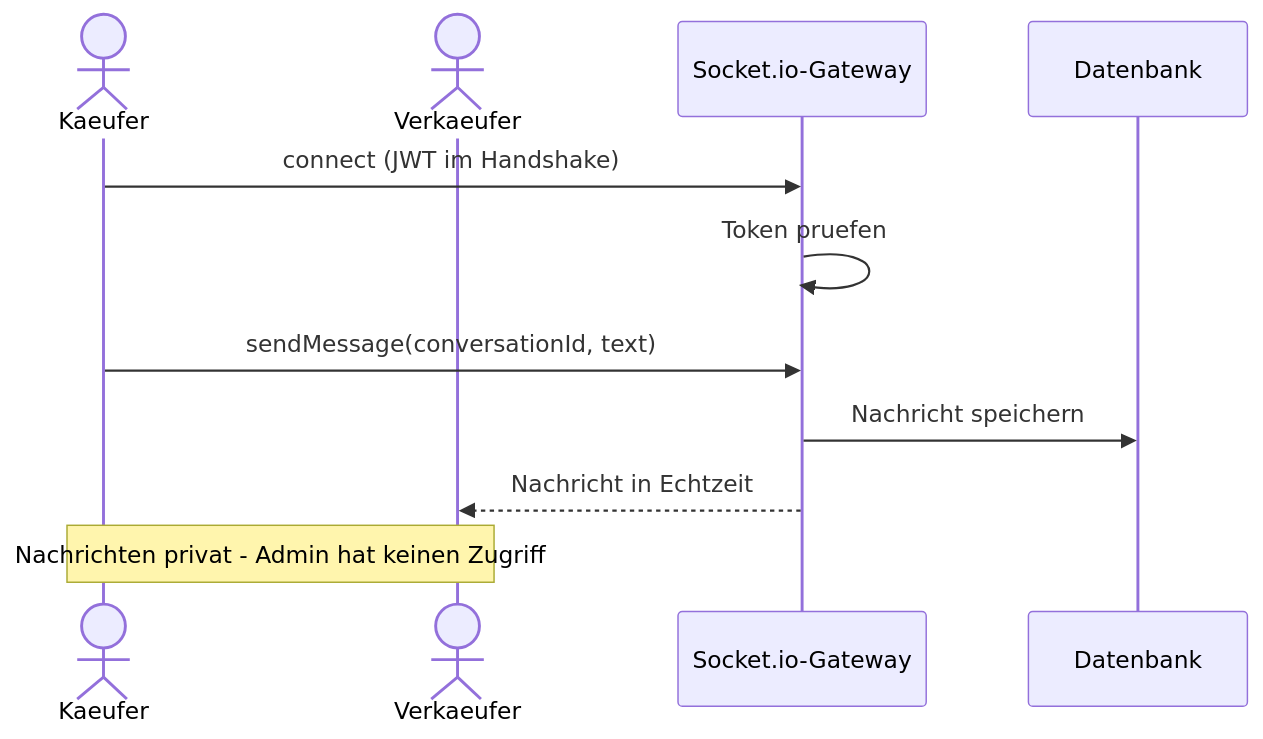
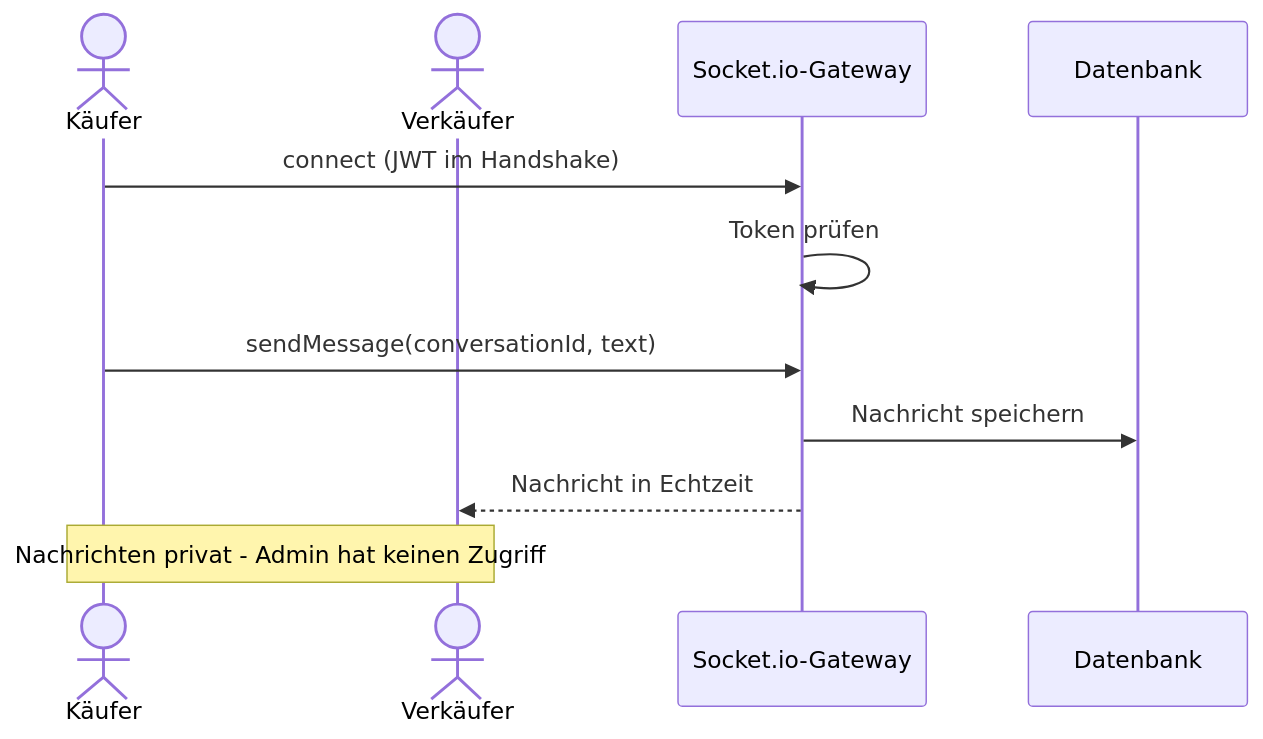
The diagram in docs/arch/diagrams-code/a06-laufzeitdiagramm_echtzeit_chat.mmd (PatilYash0110/THMarket), drawn with Mermaid before and after one commit.

Commit message:
docs: code Anpassung von a06-laufzeitdiagramm_echtzeit_chat.mmd

```diff
--- a/docs/arch/diagrams-code/a06-laufzeitdiagramm_echtzeit_chat.mmd
+++ b/docs/arch/diagrams-code/a06-laufzeitdiagramm_echtzeit_chat.mmd
@@ -1,12 +1,12 @@
 %% Abbildung 14: Laufzeitsicht - Echtzeit-Chat
 sequenceDiagram
-    actor A as Kaeufer
-    actor B as Verkaeufer
+    actor A as Käufer
+    actor B as Verkäufer
     participant WS as Socket.io-Gateway
     participant DB as Datenbank
     A->>WS: connect (JWT im Handshake)
-    WS->>WS: Token pruefen
+    WS->>WS: Token prüfen
     A->>WS: sendMessage(conversationId, text)
     WS->>DB: Nachricht speichern
     WS-->>B: Nachricht in Echtzeit
     Note over A,B: Nachrichten privat - Admin hat keinen Zugriff
```
